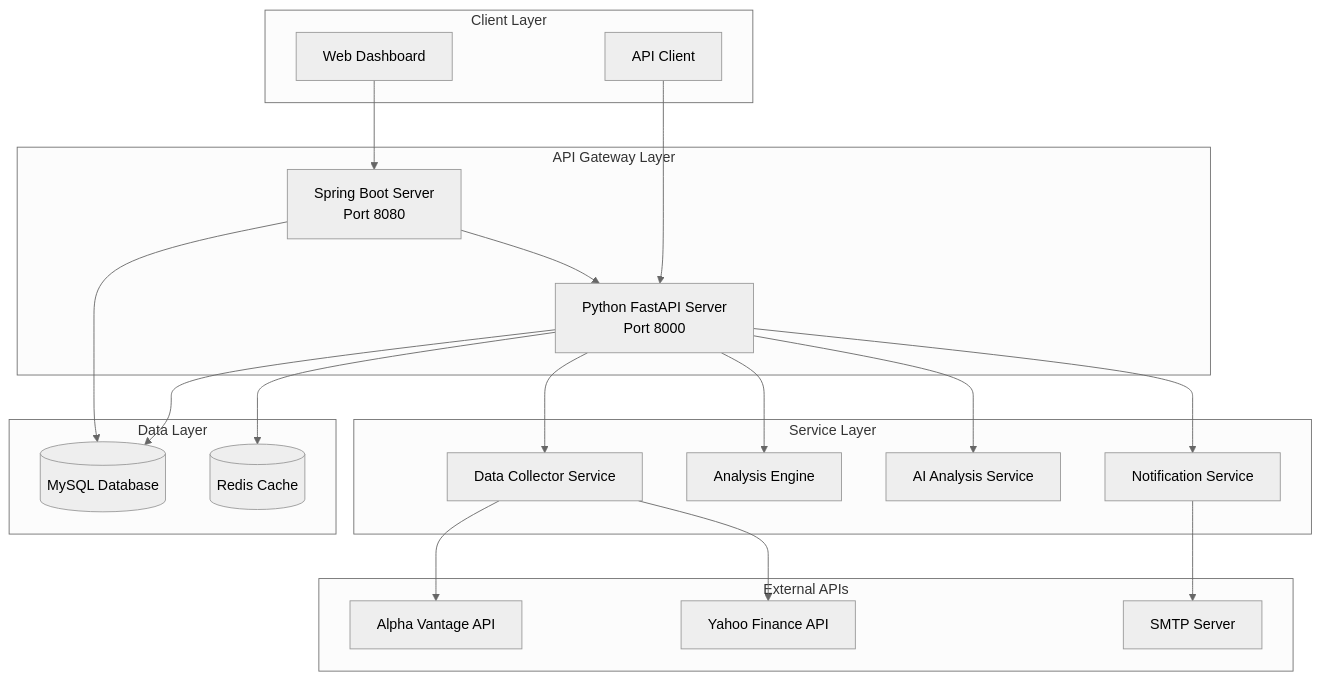
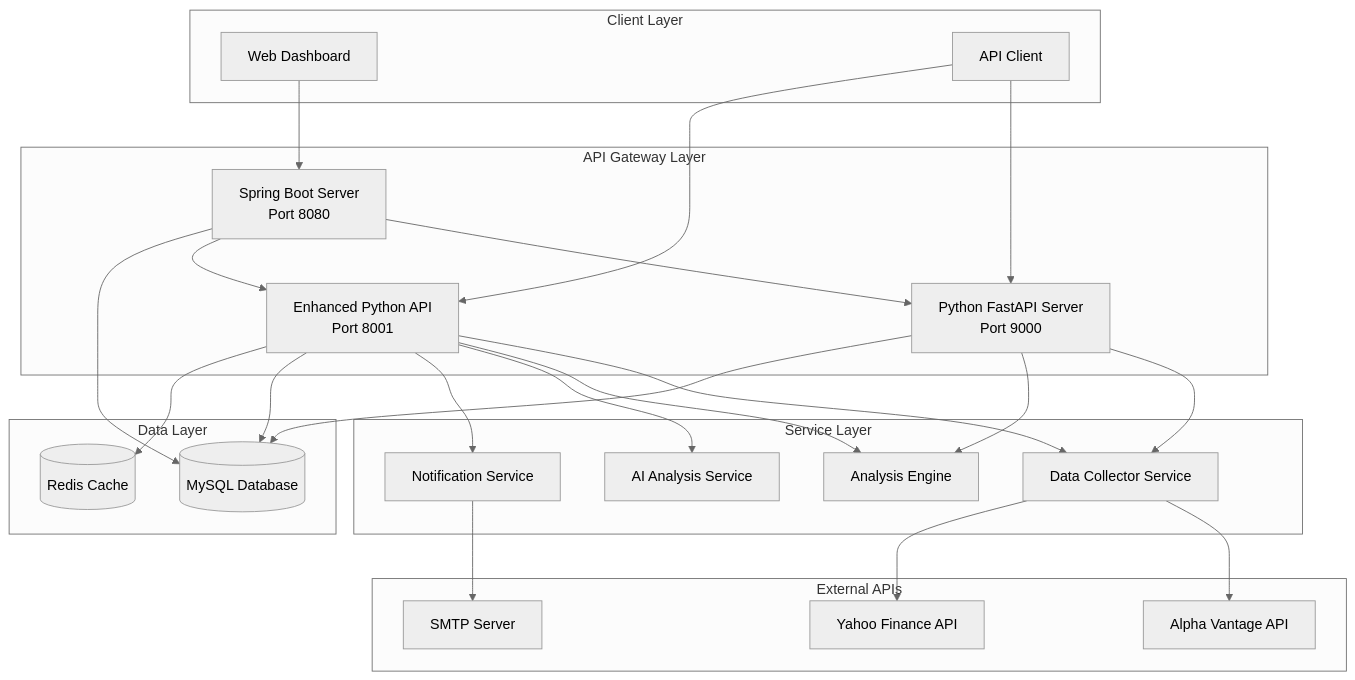
Before and after one commit to skyleedevzero86/STOCK_ANALYSIS_SYSTEM: the diagram in README.md, drawn with Mermaid (neutral theme). The commit also changed other lines of this file, not shown here.

````diff
--- a/README.md
+++ b/README.md
@@ -25,44 +25,50 @@
 ```mermaid
 graph TB
     subgraph "Client Layer"
         WEB[Web Dashboard]
         API_CLIENT[API Client]
     end
 
     subgraph "API Gateway Layer"
         SPRING[Spring Boot Server<br/>Port 8080]
-        PYTHON[Python FastAPI Server<br/>Port 8000]
+        PYTHON_API[Python FastAPI Server<br/>Port 9000]
+        PYTHON_ENHANCED[Enhanced Python API<br/>Port 8001]
     end
 
     subgraph "Service Layer"
         DATA_COLLECTOR[Data Collector Service]
         ANALYSIS_ENGINE[Analysis Engine]
         AI_SERVICE[AI Analysis Service]
         NOTIFICATION[Notification Service]
     end
 
     subgraph "Data Layer"
         MYSQL[(MySQL Database)]
         REDIS[(Redis Cache)]
     end
 
     subgraph "External APIs"
         ALPHA_VANTAGE[Alpha Vantage API]
         YAHOO[Yahoo Finance API]
         SMTP[SMTP Server]
     end
 
     WEB --> SPRING
-    API_CLIENT --> PYTHON
-    SPRING --> PYTHON
-    PYTHON --> DATA_COLLECTOR
-    PYTHON --> ANALYSIS_ENGINE
-    PYTHON --> AI_SERVICE
-    PYTHON --> NOTIFICATION
+    API_CLIENT --> PYTHON_API
+    API_CLIENT --> PYTHON_ENHANCED
+    SPRING --> PYTHON_API
+    SPRING --> PYTHON_ENHANCED
+    PYTHON_API --> DATA_COLLECTOR
+    PYTHON_ENHANCED --> DATA_COLLECTOR
+    PYTHON_API --> ANALYSIS_ENGINE
+    PYTHON_ENHANCED --> ANALYSIS_ENGINE
+    PYTHON_ENHANCED --> AI_SERVICE
+    PYTHON_ENHANCED --> NOTIFICATION
     DATA_COLLECTOR --> ALPHA_VANTAGE
     DATA_COLLECTOR --> YAHOO
     NOTIFICATION --> SMTP
-    PYTHON --> MYSQL
-    PYTHON --> REDIS
+    PYTHON_API --> MYSQL
+    PYTHON_ENHANCED --> MYSQL
+    PYTHON_ENHANCED --> REDIS
     SPRING --> MYSQL
 ```
````
